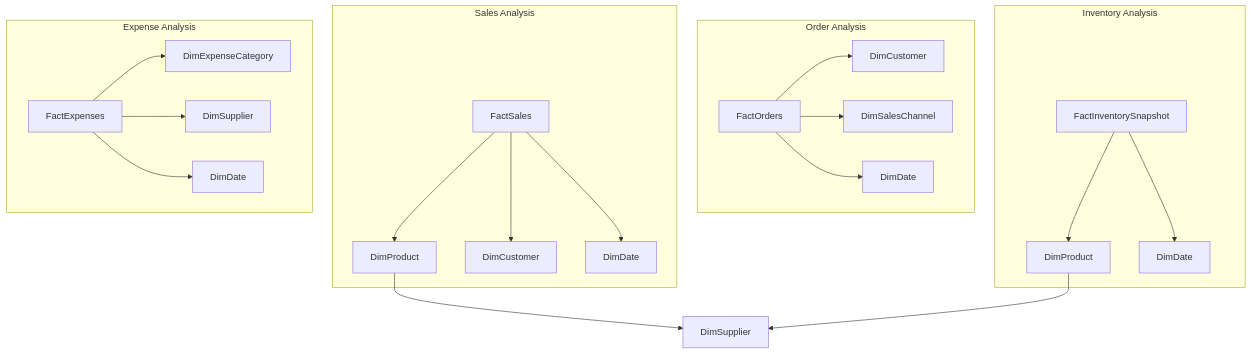
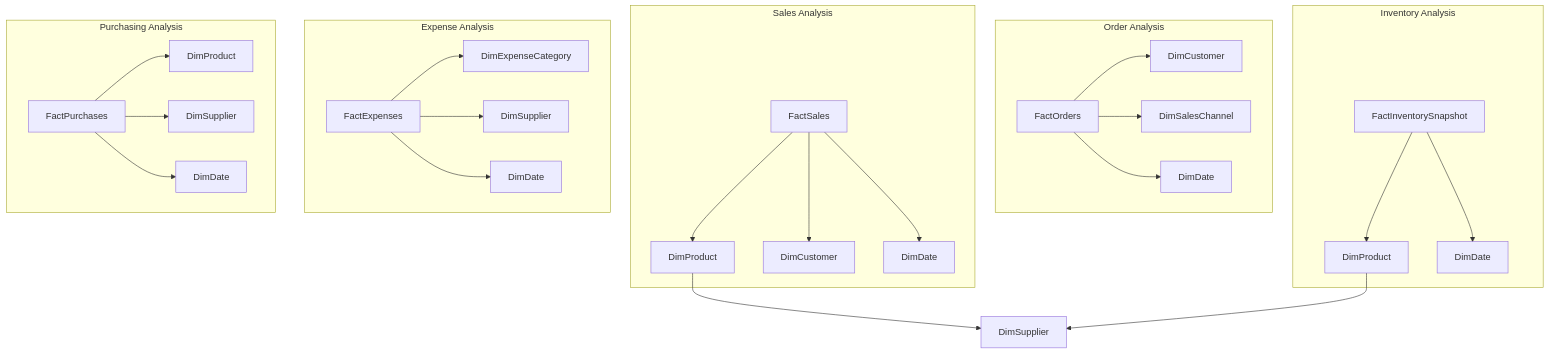
One commit to alyrib/potchi-potchi-business-intelligence changed the first of 2 diagrams in docs/business/04-dimensional-data-model.md. Above: the diagram before and after it, drawn with Mermaid. The commit also changed other lines of this file and 6 other files, not shown here.

First line of the commit message:
refactor: introduce purchases fact table

````diff
--- a/docs/business/04-dimensional-data-model.md
+++ b/docs/business/04-dimensional-data-model.md
@@ -64,33 +65,40 @@
 ```mermaid
 flowchart TB
 
     subgraph Sales["Sales Analysis"]
         FS[FactSales]
         FS --> DP1[DimProduct]
         FS --> DC1[DimCustomer]
         FS --> DD1[DimDate]
     end
 
     subgraph Orders["Order Analysis"]
         FO[FactOrders]
         FO --> DC2[DimCustomer]
         FO --> DSC[DimSalesChannel]
         FO --> DD2[DimDate]
     end
 
     subgraph Inventory["Inventory Analysis"]
         FI[FactInventorySnapshot]
         FI --> DP2[DimProduct]
         FI --> DD3[DimDate]
     end
 
     subgraph Expenses["Expense Analysis"]
         FE[FactExpenses]
         FE --> DEC[DimExpenseCategory]
         FE --> DS1[DimSupplier]
         FE --> DD4[DimDate]
     end
 
+    subgraph Purchasing["Purchasing Analysis"]
+        FP[FactPurchases]
+        FP --> DP3[DimProduct]
+        FP --> DS3[DimSupplier]
+        FP --> DD5[DimDate]
+    end
+
     DP1 --> DS2[DimSupplier]
     DP2 --> DS2
 ```
````
